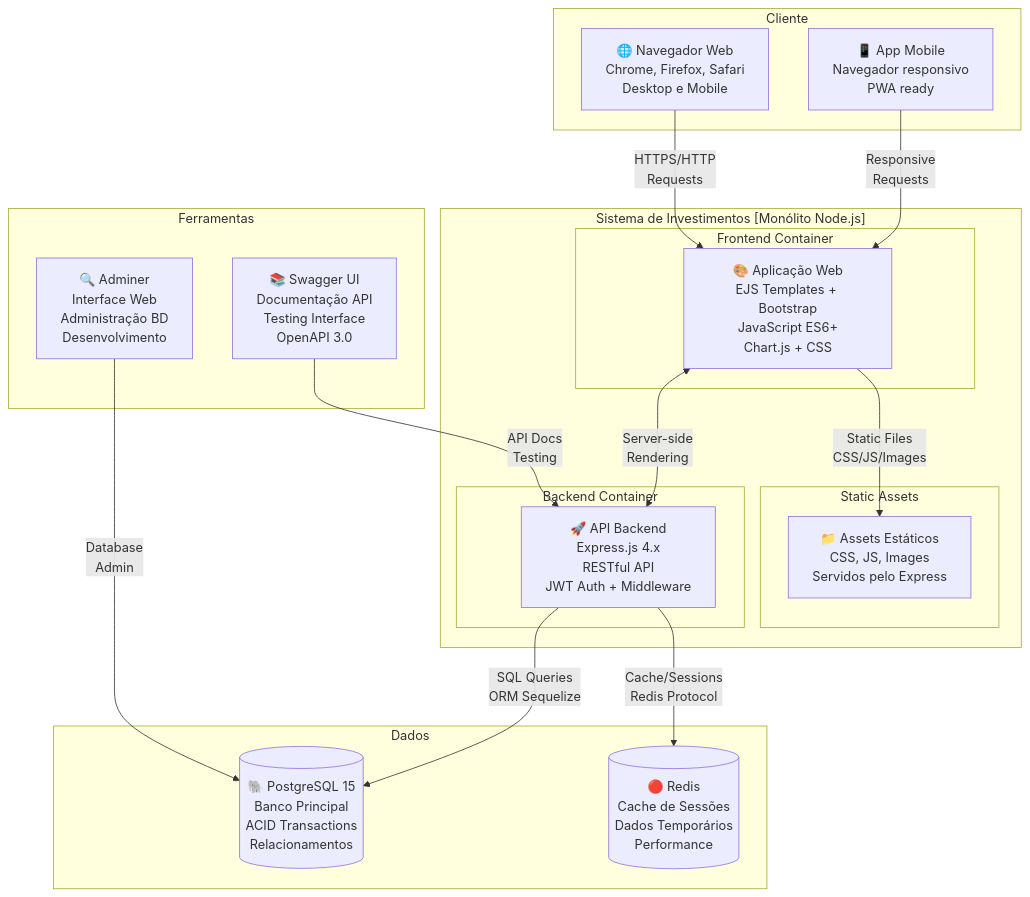
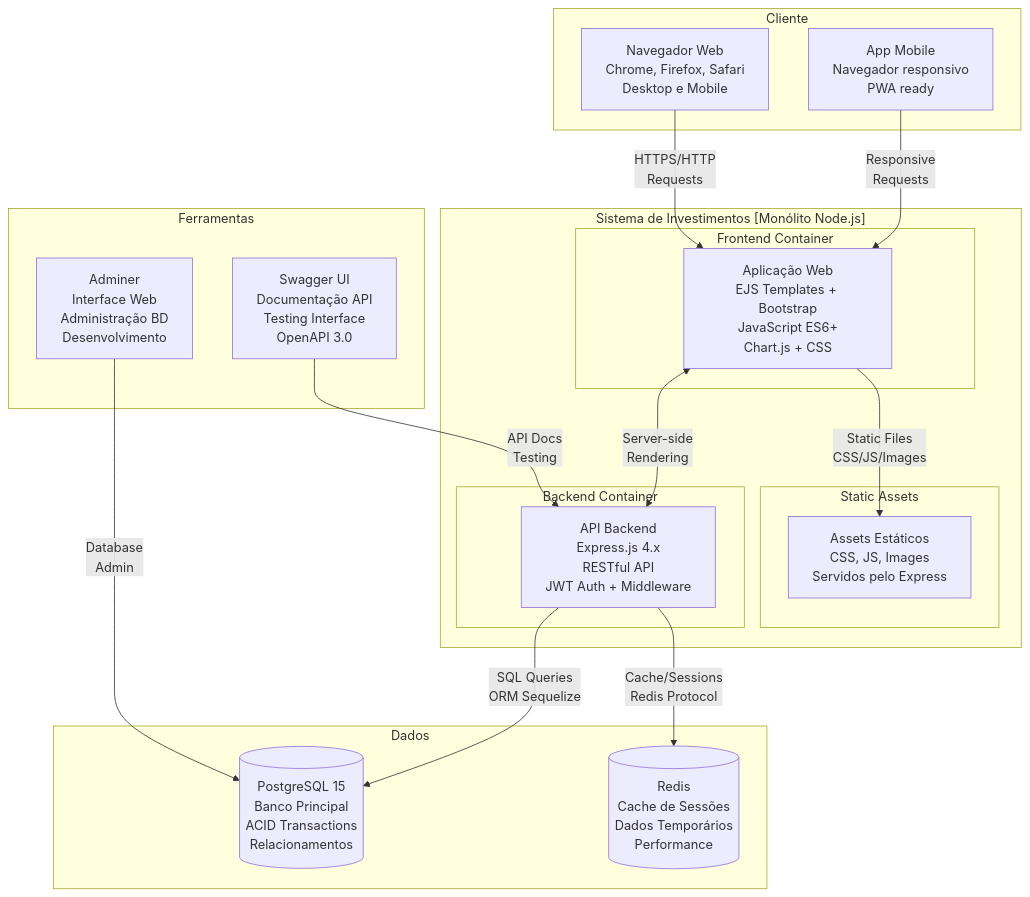
Before and after one commit to FIAP/DCLT-arquiteturas: the second of 12 diagrams in sistema-investimentos/docs/c4-arquitetura-completa.md, drawn with Mermaid. The commit also changed other lines of this file and 1489 other files, not shown here.

````diff
--- a/sistema-investimentos/docs/c4-arquitetura-completa.md
+++ b/sistema-investimentos/docs/c4-arquitetura-completa.md
@@ -53,43 +53,43 @@
 ```mermaid
 graph TB
     subgraph "Cliente"
-        BROWSER[🌐 Navegador Web<br/>Chrome, Firefox, Safari<br/>Desktop e Mobile]
-        MOBILE[📱 App Mobile<br/>Navegador responsivo<br/>PWA ready]
+        BROWSER[Navegador Web<br/>Chrome, Firefox, Safari<br/>Desktop e Mobile]
+        MOBILE[App Mobile<br/>Navegador responsivo<br/>PWA ready]
     end
     
     subgraph "Sistema de Investimentos [Monólito Node.js]"
         subgraph "Frontend Container"
-            WEB_APP[🎨 Aplicação Web<br/>EJS Templates + Bootstrap<br/>JavaScript ES6+<br/>Chart.js + CSS]
+            WEB_APP[Aplicação Web<br/>EJS Templates + Bootstrap<br/>JavaScript ES6+<br/>Chart.js + CSS]
         end
         
         subgraph "Backend Container"
-            API_APP[🚀 API Backend<br/>Express.js 4.x<br/>RESTful API<br/>JWT Auth + Middleware]
+            API_APP[API Backend<br/>Express.js 4.x<br/>RESTful API<br/>JWT Auth + Middleware]
         end
         
         subgraph "Static Assets"
-            STATIC[📁 Assets Estáticos<br/>CSS, JS, Images<br/>Servidos pelo Express]
+            STATIC[Assets Estáticos<br/>CSS, JS, Images<br/>Servidos pelo Express]
         end
     end
     
     subgraph "Dados"
-        DATABASE[(🐘 PostgreSQL 15<br/>Banco Principal<br/>ACID Transactions<br/>Relacionamentos)]
-        CACHE[(🔴 Redis<br/>Cache de Sessões<br/>Dados Temporários<br/>Performance)]
+        DATABASE[(PostgreSQL 15<br/>Banco Principal<br/>ACID Transactions<br/>Relacionamentos)]
+        CACHE[(Redis<br/>Cache de Sessões<br/>Dados Temporários<br/>Performance)]
     end
     
     subgraph "Ferramentas"
-        ADMINER[🔍 Adminer<br/>Interface Web<br/>Administração BD<br/>Desenvolvimento]
-        SWAGGER[📚 Swagger UI<br/>Documentação API<br/>Testing Interface<br/>OpenAPI 3.0]
+        ADMINER[Adminer<br/>Interface Web<br/>Administração BD<br/>Desenvolvimento]
+        SWAGGER[Swagger UI<br/>Documentação API<br/>Testing Interface<br/>OpenAPI 3.0]
     end
     
     BROWSER -->|"HTTPS/HTTP<br/>Requests"| WEB_APP
     MOBILE -->|"Responsive<br/>Requests"| WEB_APP
     
     WEB_APP <-->|"Server-side<br/>Rendering"| API_APP
     WEB_APP -->|"Static Files<br/>CSS/JS/Images"| STATIC
     
     API_APP -->|"SQL Queries<br/>ORM Sequelize"| DATABASE
     API_APP -->|"Cache/Sessions<br/>Redis Protocol"| CACHE
     
     ADMINER -->|"Database<br/>Admin"| DATABASE
     SWAGGER -->|"API Docs<br/>Testing"| API_APP
 ```
````
